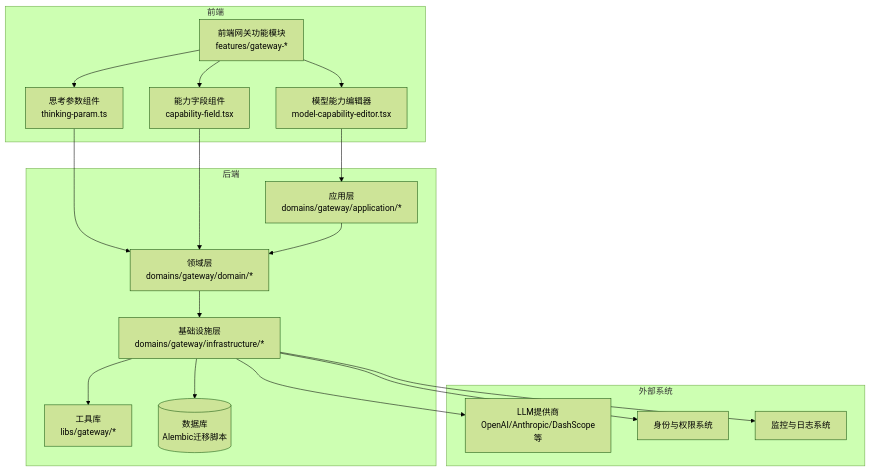
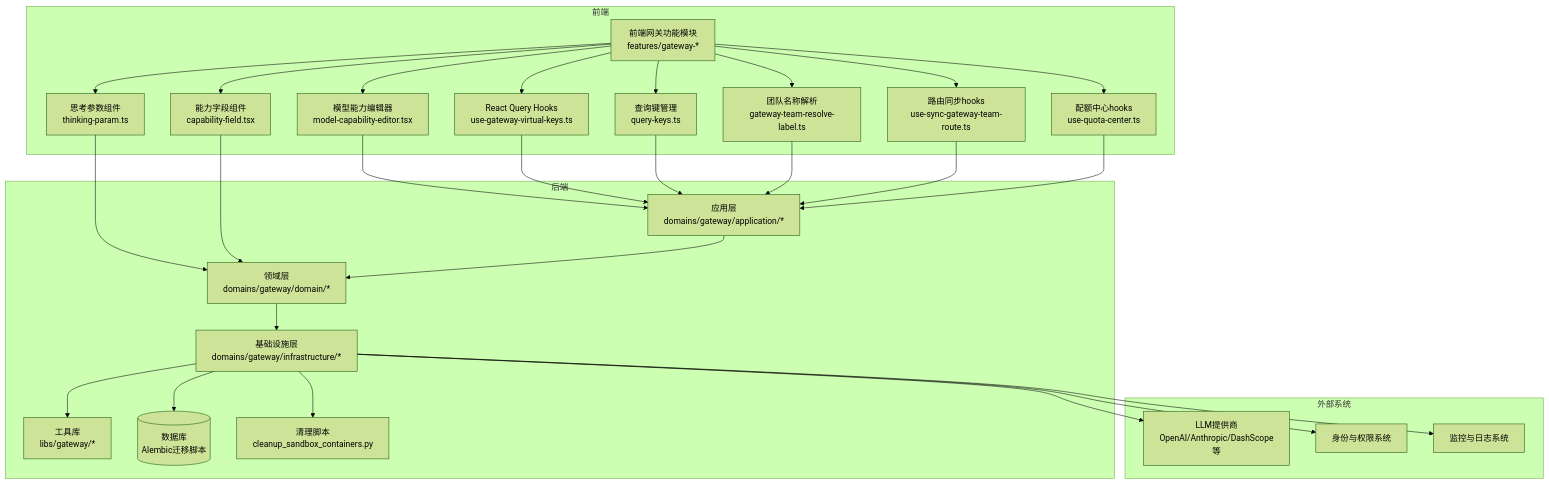
The first of 20 diagrams in .qoder/repowiki/zh/content/网关服务架构/网关服务架构.md (tianyehedashu/ai-agent), drawn with Mermaid (forest theme) before and after one commit. The commit also changed other lines of this file and 50 other files, not shown here.

````diff
--- a/.qoder/repowiki/zh/content/网关服务架构/网关服务架构.md
+++ b/.qoder/repowiki/zh/content/网关服务架构/网关服务架构.md
@@ -112,34 +123,51 @@
 ```mermaid
 graph TB
 subgraph "前端"
 FE_Gateway["前端网关功能模块<br/>features/gateway-*"]
 FE_ModelEditor["模型能力编辑器<br/>model-capability-editor.tsx"]
 FE_ThinkingParam["思考参数组件<br/>thinking-param.ts"]
 FE_CapabilityField["能力字段组件<br/>capability-field.tsx"]
+FE_Hooks["React Query Hooks<br/>use-gateway-virtual-keys.ts"]
+FE_QueryKeys["查询键管理<br/>query-keys.ts"]
+FE_TeamResolve["团队名称解析<br/>gateway-team-resolve-label.ts"]
+FE_RouteSync["路由同步hooks<br/>use-sync-gateway-team-route.ts"]
+FE_QuotaCenter["配额中心hooks<br/>use-quota-center.ts"]
 end
 subgraph "后端"
 APP["应用层<br/>domains/gateway/application/*"]
 DOMAIN["领域层<br/>domains/gateway/domain/*"]
 INFRA["基础设施层<br/>domains/gateway/infrastructure/*"]
 LIBS["工具库<br/>libs/gateway/*"]
 DB[("数据库<br/>Alembic迁移脚本")]
+CLEANUP["清理脚本<br/>cleanup_sandbox_containers.py"]
 end
 subgraph "外部系统"
 LLM["LLM提供商<br/>OpenAI/Anthropic/DashScope等"]
 IAM["身份与权限系统"]
 MON["监控与日志系统"]
 end
 FE_Gateway --> FE_ModelEditor
 FE_Gateway --> FE_ThinkingParam
 FE_Gateway --> FE_CapabilityField
+FE_Gateway --> FE_Hooks
+FE_Gateway --> FE_QueryKeys
+FE_Gateway --> FE_TeamResolve
+FE_Gateway --> FE_RouteSync
+FE_Gateway --> FE_QuotaCenter
 FE_ModelEditor --> APP
 FE_ThinkingParam --> DOMAIN
 FE_CapabilityField --> DOMAIN
+FE_Hooks --> APP
+FE_QueryKeys --> APP
+FE_TeamResolve --> APP
+FE_RouteSync --> APP
+FE_QuotaCenter --> APP
 APP --> DOMAIN
 DOMAIN --> INFRA
 INFRA --> LIBS
 INFRA --> DB
+INFRA --> CLEANUP
 INFRA --> LLM
 INFRA --> IAM
 INFRA --> MON
 ```
````
